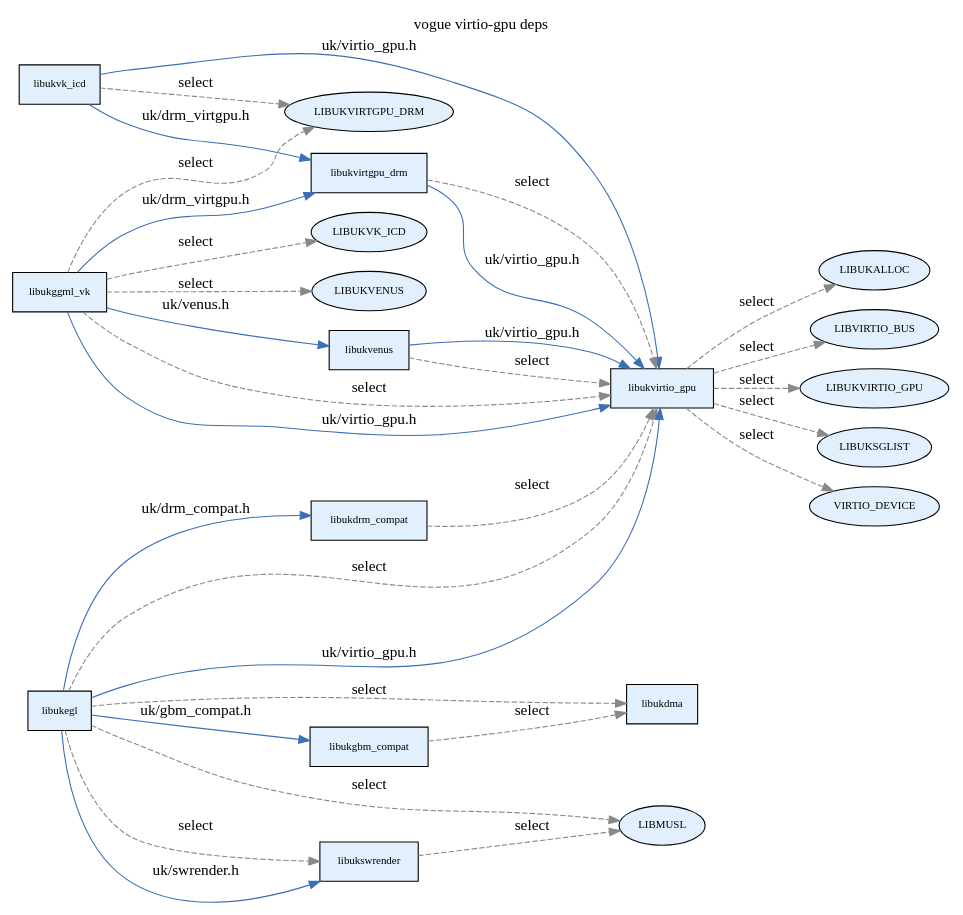
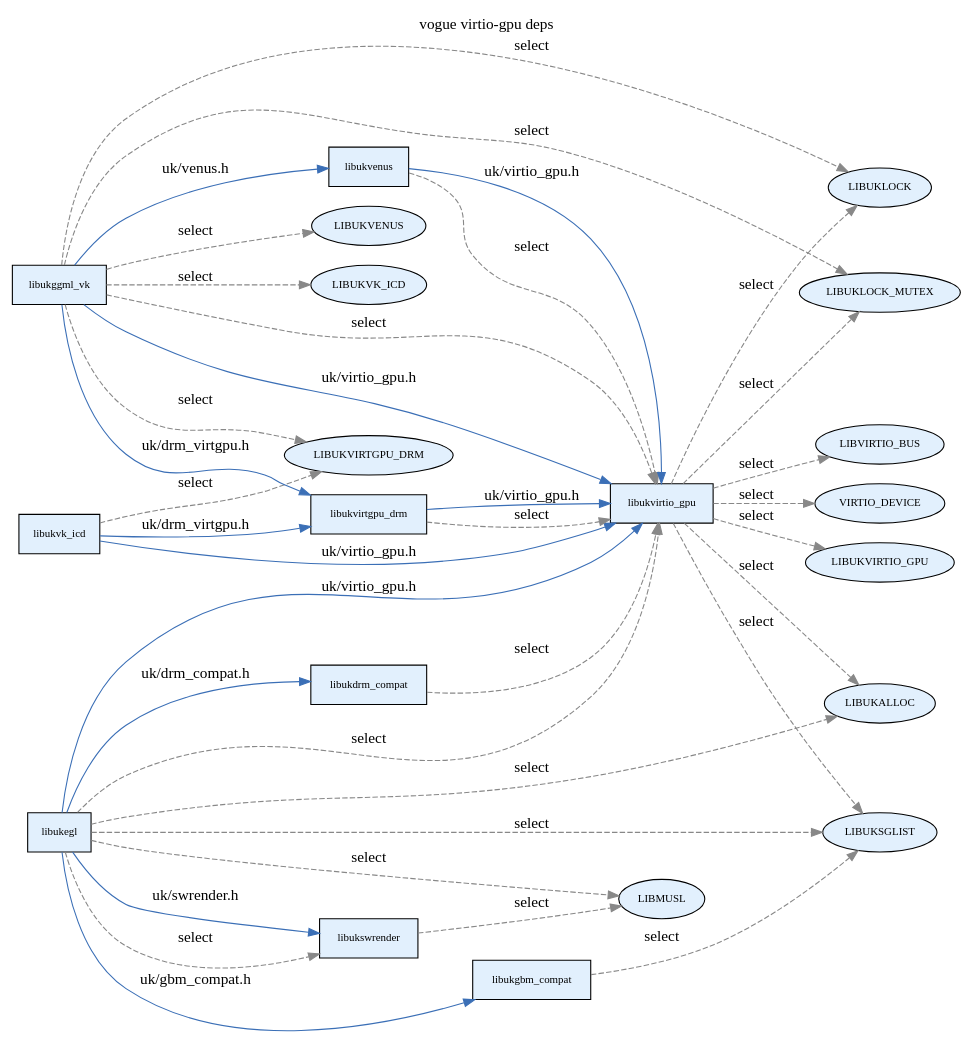
One commit to vm-final-project/virtio-gpu changed the diagram in results/depgraph/vogue.dot. Above: the diagram before and after it, drawn with Graphviz. The commit also changed 74 other files, not shown here.

```diff
--- a/results/depgraph/vogue.dot
+++ b/results/depgraph/vogue.dot
@@ -1,54 +1,60 @@
 digraph "vogue virtio-gpu deps" {
   rankdir=LR;
   node [fontsize=10];
   label="vogue virtio-gpu deps"; labelloc=t; fontsize=14;
-  "vogue:libukvenus" [label="libukvenus",shape=box,style=filled,fillcolor="#e2f0fd"];
-  "vogue:libukvk_icd" [label="libukvk_icd",shape=box,style=filled,fillcolor="#e2f0fd"];
-  "vogue:ext:LIBUKVENUS" [label="LIBUKVENUS",shape=ellipse,style=filled,fillcolor="#e2f0fd"];
-  "vogue:libukvirtgpu_drm" [label="libukvirtgpu_drm",shape=box,style=filled,fillcolor="#e2f0fd"];
-  "vogue:ext:LIBUKVK_ICD" [label="LIBUKVK_ICD",shape=ellipse,style=filled,fillcolor="#e2f0fd"];
-  "vogue:ext:LIBUKALLOC" [label="LIBUKALLOC",shape=ellipse,style=filled,fillcolor="#e2f0fd"];
-  "vogue:ext:LIBVIRTIO_BUS" [label="LIBVIRTIO_BUS",shape=ellipse,style=filled,fillcolor="#e2f0fd"];
-  "vogue:libukggml_vk" [label="libukggml_vk",shape=box,style=filled,fillcolor="#e2f0fd"];
-  "vogue:libukswrender" [label="libukswrender",shape=box,style=filled,fillcolor="#e2f0fd"];
-  "vogue:ext:LIBUKVIRTIO_GPU" [label="LIBUKVIRTIO_GPU",shape=ellipse,style=filled,fillcolor="#e2f0fd"];
-  "vogue:ext:LIBUKVIRTGPU_DRM" [label="LIBUKVIRTGPU_DRM",shape=ellipse,style=filled,fillcolor="#e2f0fd"];
-  "vogue:libukegl" [label="libukegl",shape=box,style=filled,fillcolor="#e2f0fd"];
-  "vogue:ext:LIBUKSGLIST" [label="LIBUKSGLIST",shape=ellipse,style=filled,fillcolor="#e2f0fd"];
-  "vogue:libukdrm_compat" [label="libukdrm_compat",shape=box,style=filled,fillcolor="#e2f0fd"];
   "vogue:libukvirtio_gpu" [label="libukvirtio_gpu",shape=box,style=filled,fillcolor="#e2f0fd"];
-  "vogue:ext:VIRTIO_DEVICE" [label="VIRTIO_DEVICE",shape=ellipse,style=filled,fillcolor="#e2f0fd"];
   "vogue:ext:LIBMUSL" [label="LIBMUSL",shape=ellipse,style=filled,fillcolor="#e2f0fd"];
   "vogue:libukgbm_compat" [label="libukgbm_compat",shape=box,style=filled,fillcolor="#e2f0fd"];
-  "vogue:libukdma" [label="libukdma",shape=box,style=filled,fillcolor="#e2f0fd"];
+  "vogue:libukdrm_compat" [label="libukdrm_compat",shape=box,style=filled,fillcolor="#e2f0fd"];
+  "vogue:libukvk_icd" [label="libukvk_icd",shape=box,style=filled,fillcolor="#e2f0fd"];
+  "vogue:libukvirtgpu_drm" [label="libukvirtgpu_drm",shape=box,style=filled,fillcolor="#e2f0fd"];
+  "vogue:ext:LIBUKVENUS" [label="LIBUKVENUS",shape=ellipse,style=filled,fillcolor="#e2f0fd"];
+  "vogue:libukvenus" [label="libukvenus",shape=box,style=filled,fillcolor="#e2f0fd"];
+  "vogue:ext:LIBUKLOCK_MUTEX" [label="LIBUKLOCK_MUTEX",shape=ellipse,style=filled,fillcolor="#e2f0fd"];
+  "vogue:ext:LIBUKLOCK" [label="LIBUKLOCK",shape=ellipse,style=filled,fillcolor="#e2f0fd"];
+  "vogue:libukggml_vk" [label="libukggml_vk",shape=box,style=filled,fillcolor="#e2f0fd"];
+  "vogue:ext:LIBUKSGLIST" [label="LIBUKSGLIST",shape=ellipse,style=filled,fillcolor="#e2f0fd"];
+  "vogue:libukegl" [label="libukegl",shape=box,style=filled,fillcolor="#e2f0fd"];
+  "vogue:ext:LIBUKALLOC" [label="LIBUKALLOC",shape=ellipse,style=filled,fillcolor="#e2f0fd"];
+  "vogue:ext:LIBUKVIRTIO_GPU" [label="LIBUKVIRTIO_GPU",shape=ellipse,style=filled,fillcolor="#e2f0fd"];
+  "vogue:ext:LIBUKVK_ICD" [label="LIBUKVK_ICD",shape=ellipse,style=filled,fillcolor="#e2f0fd"];
+  "vogue:ext:LIBUKVIRTGPU_DRM" [label="LIBUKVIRTGPU_DRM",shape=ellipse,style=filled,fillcolor="#e2f0fd"];
+  "vogue:libukswrender" [label="libukswrender",shape=box,style=filled,fillcolor="#e2f0fd"];
+  "vogue:ext:LIBVIRTIO_BUS" [label="LIBVIRTIO_BUS",shape=ellipse,style=filled,fillcolor="#e2f0fd"];
+  "vogue:ext:VIRTIO_DEVICE" [label="VIRTIO_DEVICE",shape=ellipse,style=filled,fillcolor="#e2f0fd"];
   "vogue:libukdrm_compat" -> "vogue:libukvirtio_gpu" [style=dashed,color="#888888",label="select"];
   "vogue:libukegl" -> "vogue:libukvirtio_gpu" [style=dashed,color="#888888",label="select"];
-  "vogue:libukegl" -> "vogue:libukdma" [style=dashed,color="#888888",label="select"];
+  "vogue:libukegl" -> "vogue:ext:LIBUKSGLIST" [style=dashed,color="#888888",label="select"];
+  "vogue:libukegl" -> "vogue:ext:LIBUKALLOC" [style=dashed,color="#888888",label="select"];
   "vogue:libukegl" -> "vogue:libukswrender" [style=dashed,color="#888888",label="select"];
   "vogue:libukegl" -> "vogue:ext:LIBMUSL" [style=dashed,color="#888888",label="select"];
-  "vogue:libukgbm_compat" -> "vogue:libukdma" [style=dashed,color="#888888",label="select"];
+  "vogue:libukgbm_compat" -> "vogue:ext:LIBUKSGLIST" [style=dashed,color="#888888",label="select"];
   "vogue:libukggml_vk" -> "vogue:ext:LIBUKVENUS" [style=dashed,color="#888888",label="select"];
   "vogue:libukggml_vk" -> "vogue:libukvirtio_gpu" [style=dashed,color="#888888",label="select"];
   "vogue:libukggml_vk" -> "vogue:ext:LIBUKVIRTGPU_DRM" [style=dashed,color="#888888",label="select"];
   "vogue:libukggml_vk" -> "vogue:ext:LIBUKVK_ICD" [style=dashed,color="#888888",label="select"];
+  "vogue:libukggml_vk" -> "vogue:ext:LIBUKLOCK" [style=dashed,color="#888888",label="select"];
+  "vogue:libukggml_vk" -> "vogue:ext:LIBUKLOCK_MUTEX" [style=dashed,color="#888888",label="select"];
   "vogue:libukswrender" -> "vogue:ext:LIBMUSL" [style=dashed,color="#888888",label="select"];
   "vogue:libukvenus" -> "vogue:libukvirtio_gpu" [style=dashed,color="#888888",label="select"];
   "vogue:libukvirtgpu_drm" -> "vogue:libukvirtio_gpu" [style=dashed,color="#888888",label="select"];
   "vogue:libukvirtio_gpu" -> "vogue:ext:LIBUKVIRTIO_GPU" [style=dashed,color="#888888",label="select"];
   "vogue:libukvirtio_gpu" -> "vogue:ext:VIRTIO_DEVICE" [style=dashed,color="#888888",label="select"];
   "vogue:libukvirtio_gpu" -> "vogue:ext:LIBVIRTIO_BUS" [style=dashed,color="#888888",label="select"];
   "vogue:libukvirtio_gpu" -> "vogue:ext:LIBUKSGLIST" [style=dashed,color="#888888",label="select"];
   "vogue:libukvirtio_gpu" -> "vogue:ext:LIBUKALLOC" [style=dashed,color="#888888",label="select"];
+  "vogue:libukvirtio_gpu" -> "vogue:ext:LIBUKLOCK" [style=dashed,color="#888888",label="select"];
+  "vogue:libukvirtio_gpu" -> "vogue:ext:LIBUKLOCK_MUTEX" [style=dashed,color="#888888",label="select"];
   "vogue:libukvk_icd" -> "vogue:ext:LIBUKVIRTGPU_DRM" [style=dashed,color="#888888",label="select"];
   "vogue:libukegl" -> "vogue:libukgbm_compat" [color="#3b6fb6",label="uk/gbm_compat.h"];
   "vogue:libukegl" -> "vogue:libukvirtio_gpu" [color="#3b6fb6",label="uk/virtio_gpu.h"];
   "vogue:libukegl" -> "vogue:libukswrender" [color="#3b6fb6",label="uk/swrender.h"];
   "vogue:libukegl" -> "vogue:libukdrm_compat" [color="#3b6fb6",label="uk/drm_compat.h"];
   "vogue:libukggml_vk" -> "vogue:libukvirtio_gpu" [color="#3b6fb6",label="uk/virtio_gpu.h"];
   "vogue:libukggml_vk" -> "vogue:libukvirtgpu_drm" [color="#3b6fb6",label="uk/drm_virtgpu.h"];
   "vogue:libukggml_vk" -> "vogue:libukvenus" [color="#3b6fb6",label="uk/venus.h"];
   "vogue:libukvenus" -> "vogue:libukvirtio_gpu" [color="#3b6fb6",label="uk/virtio_gpu.h"];
   "vogue:libukvirtgpu_drm" -> "vogue:libukvirtio_gpu" [color="#3b6fb6",label="uk/virtio_gpu.h"];
   "vogue:libukvk_icd" -> "vogue:libukvirtgpu_drm" [color="#3b6fb6",label="uk/drm_virtgpu.h"];
   "vogue:libukvk_icd" -> "vogue:libukvirtio_gpu" [color="#3b6fb6",label="uk/virtio_gpu.h"];
 }
```
